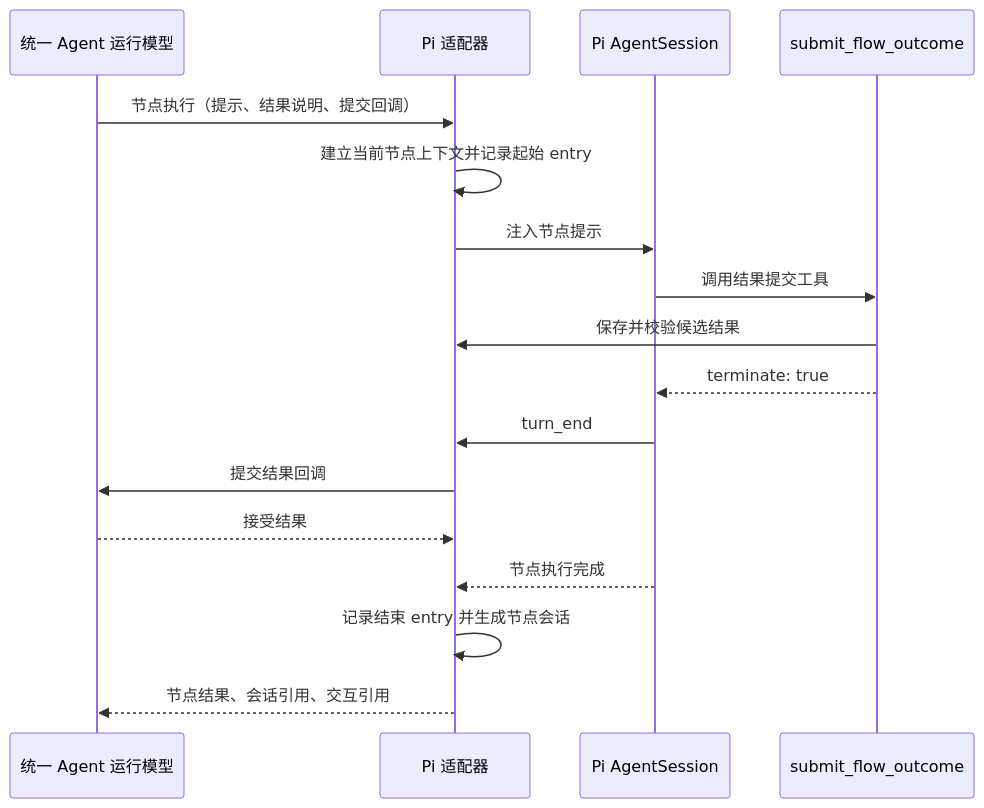
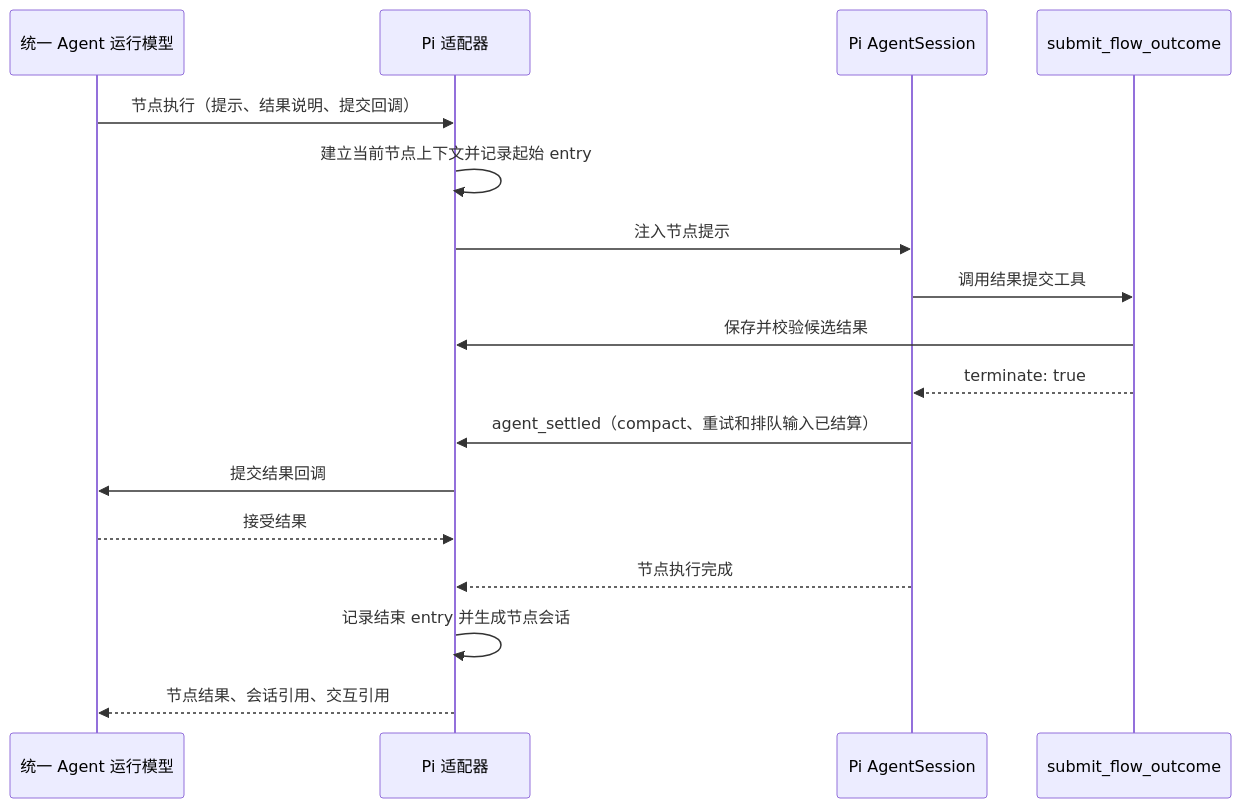
One commit to JhihJian/Agent-Flow-Runtime changed the second of 3 diagrams in docs/pi-agent-integration-adapter-design.md. Above: the diagram before and after it, drawn with Mermaid. The commit also changed other lines of this file and 8 other files, not shown here.

Commit message:
fix: 在 settled 后推进 Flow 会话

````diff
--- a/docs/pi-agent-integration-adapter-design.md
+++ b/docs/pi-agent-integration-adapter-design.md
@@ -123,20 +123,20 @@
 ```mermaid
 sequenceDiagram
   participant M as 统一 Agent 运行模型
   participant P as Pi 适配器
   participant S as Pi AgentSession
   participant T as submit_flow_outcome
 
   M->>P: 节点执行（提示、结果说明、提交回调）
   P->>P: 建立当前节点上下文并记录起始 entry
   P->>S: 注入节点提示
   S->>T: 调用结果提交工具
   T->>P: 保存并校验候选结果
   T-->>S: terminate: true
-  S->>P: turn_end
+  S->>P: agent_settled（compact、重试和排队输入已结算）
   P->>M: 提交结果回调
   M-->>P: 接受结果
   S-->>P: 节点执行完成
   P->>P: 记录结束 entry 并生成节点会话
   P-->>M: 节点结果、会话引用、交互引用
 ```
````
